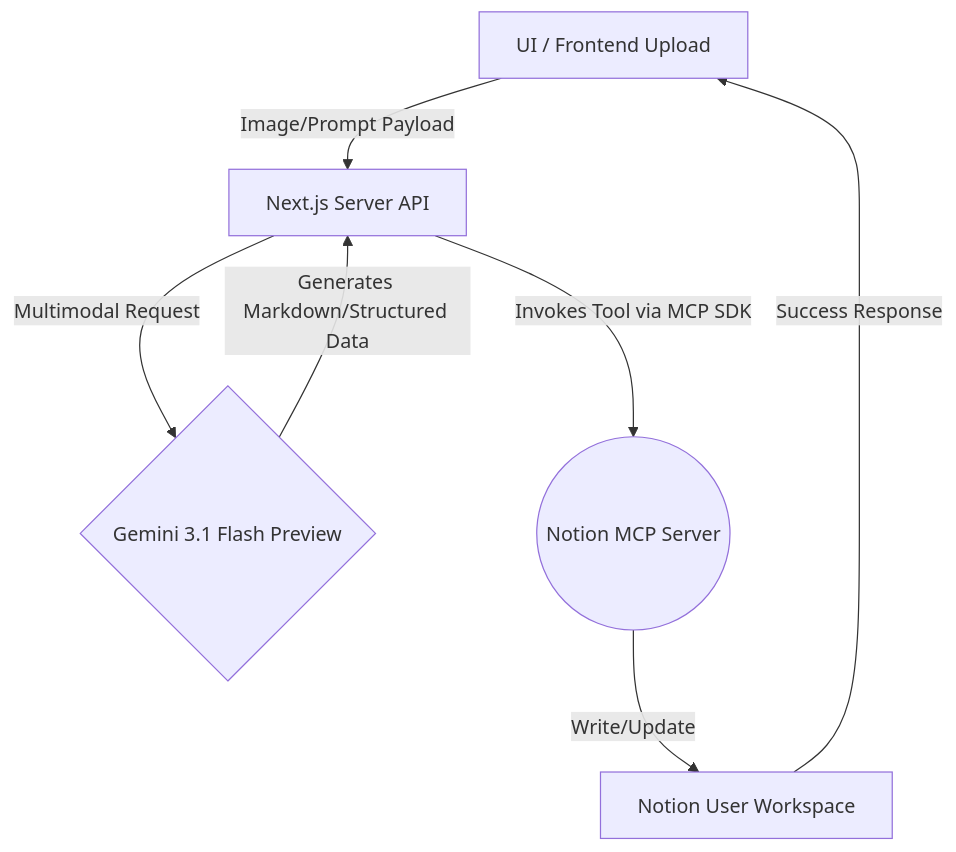
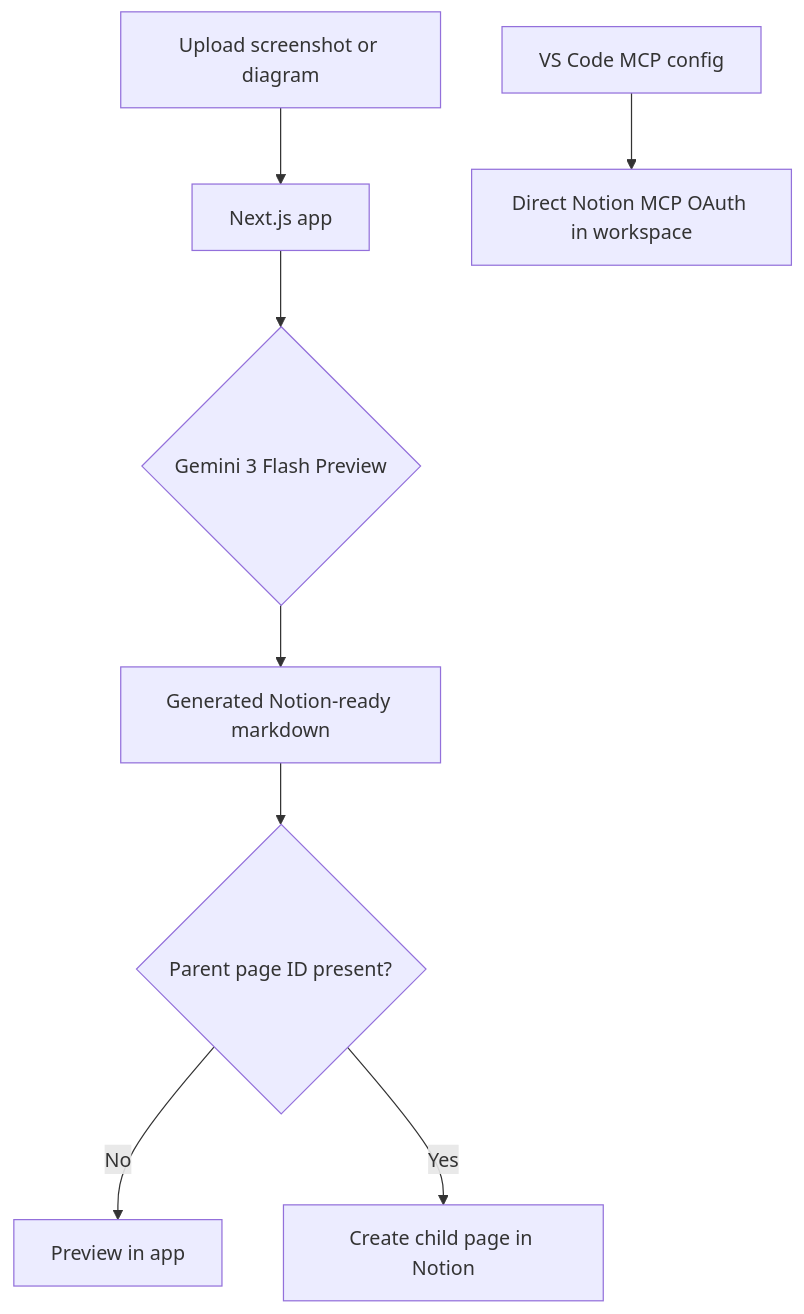
Before and after one commit to aniruddhaadak80/nexus-forge: the diagram in docs/devto-submission.md, drawn with Mermaid. The commit also changed other lines of this file and 15 other files, not shown here.

Commit message:
feat: finalize NexusForge multimodal Notion workflow

````diff
--- a/docs/devto-submission.md
+++ b/docs/devto-submission.md
@@ -23,9 +34,10 @@
 ```mermaid
 graph TD
-    A[UI / Frontend Upload] -->|Image/Prompt Payload| B[Next.js Server API]
-    B -->|Multimodal Request| C{Gemini 3.1 Flash Preview}
-    C -->|Generates Markdown/Structured Data| B
-    B -->|Invokes Tool via MCP SDK| D((Notion MCP Server))
-    D -->|Write/Update| E[Notion User Workspace]
-    E -->|Success Response| A
+    A[Upload screenshot or diagram] --> B[Next.js app]
+    B --> C{Gemini 3 Flash Preview}
+    C --> D[Generated Notion-ready markdown]
+    D --> E{Parent page ID present?}
+    E -- No --> F[Preview in app]
+    E -- Yes --> G[Create child page in Notion]
+    H[VS Code MCP config] --> I[Direct Notion MCP OAuth in workspace]
 ```
````
